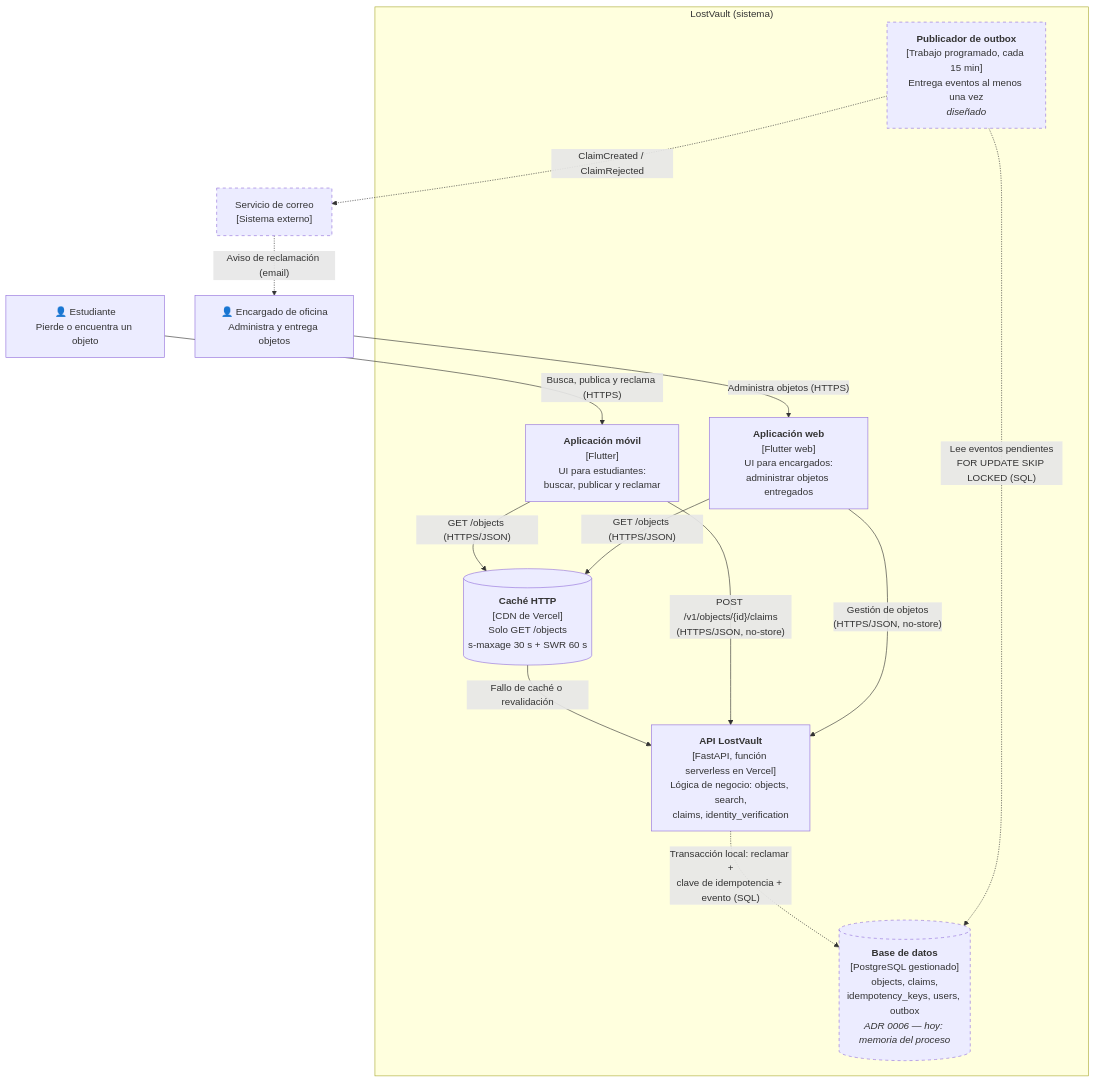
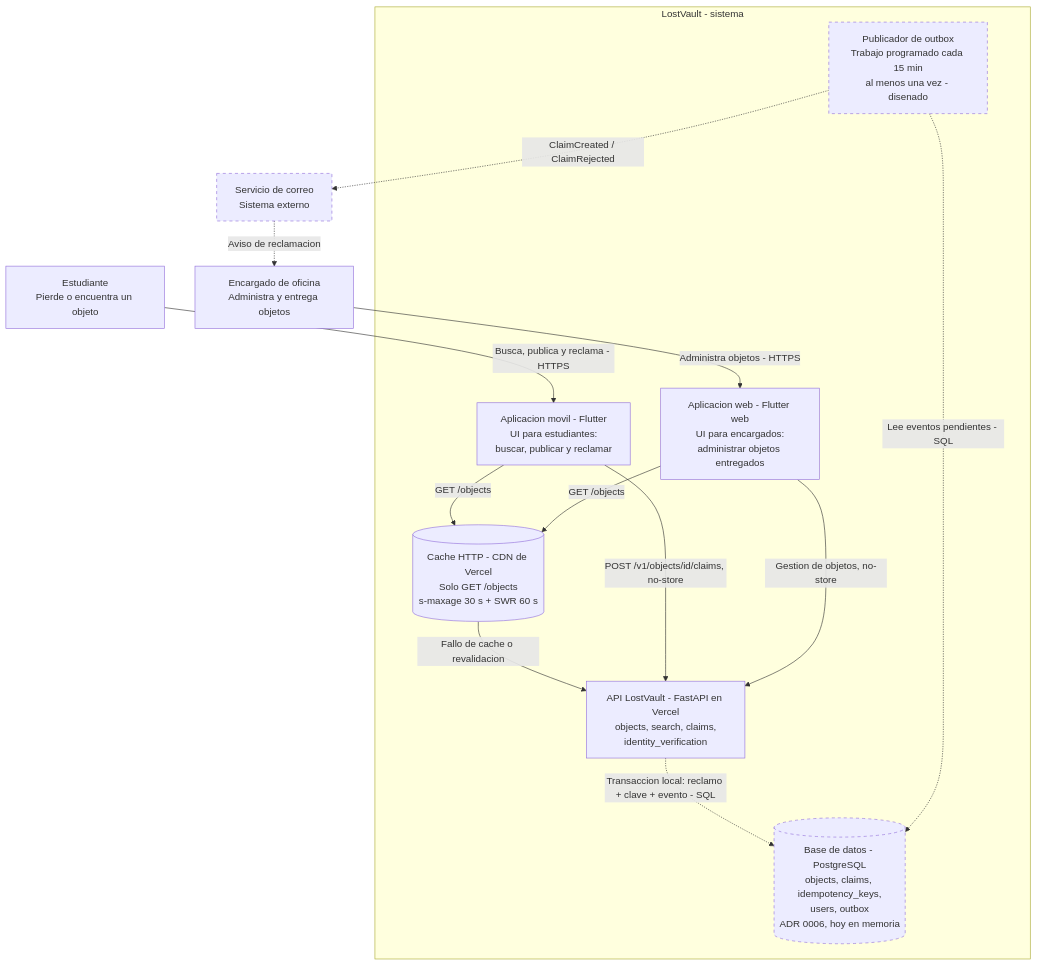
Before and after one commit to Fausto-4/AS_202620_LostVault: the diagram in docs/c4/c4_nivel2.md, drawn with Mermaid.

Commit message:
S12: simplifica la sintaxis del C4 nivel 2 para que GitHub lo dibuje

````diff
--- a/docs/c4/c4_nivel2.md
+++ b/docs/c4/c4_nivel2.md
@@ -13,31 +13,31 @@
 ```mermaid
 flowchart TB
-    student["👤 Estudiante<br/>Pierde o encuentra un objeto"]
-    staff["👤 Encargado de oficina<br/>Administra y entrega objetos"]
+    student["Estudiante<br/>Pierde o encuentra un objeto"]
+    staff["Encargado de oficina<br/>Administra y entrega objetos"]
 
-    subgraph lostvault["LostVault (sistema)"]
-        mobile["<b>Aplicación móvil</b><br/>[Flutter]<br/>UI para estudiantes:<br/>buscar, publicar y reclamar"]
-        web["<b>Aplicación web</b><br/>[Flutter web]<br/>UI para encargados:<br/>administrar objetos entregados"]
-        cdn[("<b>Caché HTTP</b><br/>[CDN de Vercel]<br/>Solo GET /objects<br/>s-maxage 30 s + SWR 60 s")]
-        api["<b>API LostVault</b><br/>[FastAPI, función serverless en Vercel]<br/>Lógica de negocio: objects, search,<br/>claims, identity_verification"]
-        db[("<b>Base de datos</b><br/>[PostgreSQL gestionado]<br/>objects, claims,<br/>idempotency_keys, users, outbox<br/><i>ADR 0006 — hoy: memoria del proceso</i>")]
-        publisher["<b>Publicador de outbox</b><br/>[Trabajo programado, cada 15 min]<br/>Entrega eventos al menos una vez<br/><i>diseñado</i>"]
+    subgraph lostvault["LostVault - sistema"]
+        mobile["Aplicacion movil - Flutter<br/>UI para estudiantes:<br/>buscar, publicar y reclamar"]
+        web["Aplicacion web - Flutter web<br/>UI para encargados:<br/>administrar objetos entregados"]
+        cdn[("Cache HTTP - CDN de Vercel<br/>Solo GET /objects<br/>s-maxage 30 s + SWR 60 s")]
+        api["API LostVault - FastAPI en Vercel<br/>objects, search, claims,<br/>identity_verification"]
+        db[("Base de datos - PostgreSQL<br/>objects, claims, idempotency_keys,<br/>users, outbox<br/>ADR 0006, hoy en memoria")]
+        publisher["Publicador de outbox<br/>Trabajo programado cada 15 min<br/>al menos una vez - disenado"]
     end
 
-    mail["Servicio de correo<br/>[Sistema externo]"]
+    mail["Servicio de correo<br/>Sistema externo"]
 
-    student -->|"Busca, publica y reclama (HTTPS)"| mobile
-    staff -->|"Administra objetos (HTTPS)"| web
-    mobile -->|"GET /objects (HTTPS/JSON)"| cdn
-    web -->|"GET /objects (HTTPS/JSON)"| cdn
-    cdn -->|"Fallo de caché o revalidación"| api
-    mobile -->|"POST /v1/objects/{id}/claims<br/>(HTTPS/JSON, no-store)"| api
-    web -->|"Gestión de objetos<br/>(HTTPS/JSON, no-store)"| api
-    api -.->|"Transacción local: reclamar +<br/>clave de idempotencia + evento (SQL)"| db
-    publisher -.->|"Lee eventos pendientes<br/>FOR UPDATE SKIP LOCKED (SQL)"| db
+    student -->|"Busca, publica y reclama - HTTPS"| mobile
+    staff -->|"Administra objetos - HTTPS"| web
+    mobile -->|"GET /objects"| cdn
+    web -->|"GET /objects"| cdn
+    cdn -->|"Fallo de cache o revalidacion"| api
+    mobile -->|"POST /v1/objects/id/claims, no-store"| api
+    web -->|"Gestion de objetos, no-store"| api
+    api -.->|"Transaccion local: reclamo + clave + evento - SQL"| db
+    publisher -.->|"Lee eventos pendientes - SQL"| db
     publisher -.->|"ClaimCreated / ClaimRejected"| mail
-    mail -.->|"Aviso de reclamación (email)"| staff
+    mail -.->|"Aviso de reclamacion"| staff
 
     classDef planned stroke-dasharray: 5 5
     class db,publisher,mail planned
 ```
````
